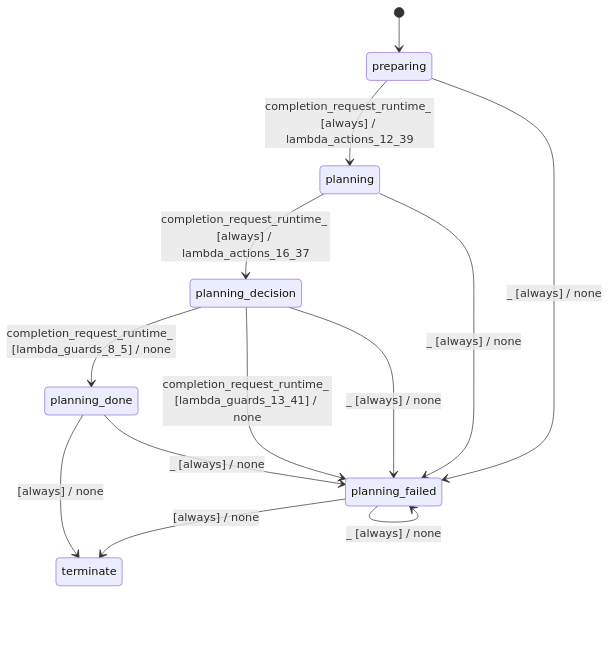
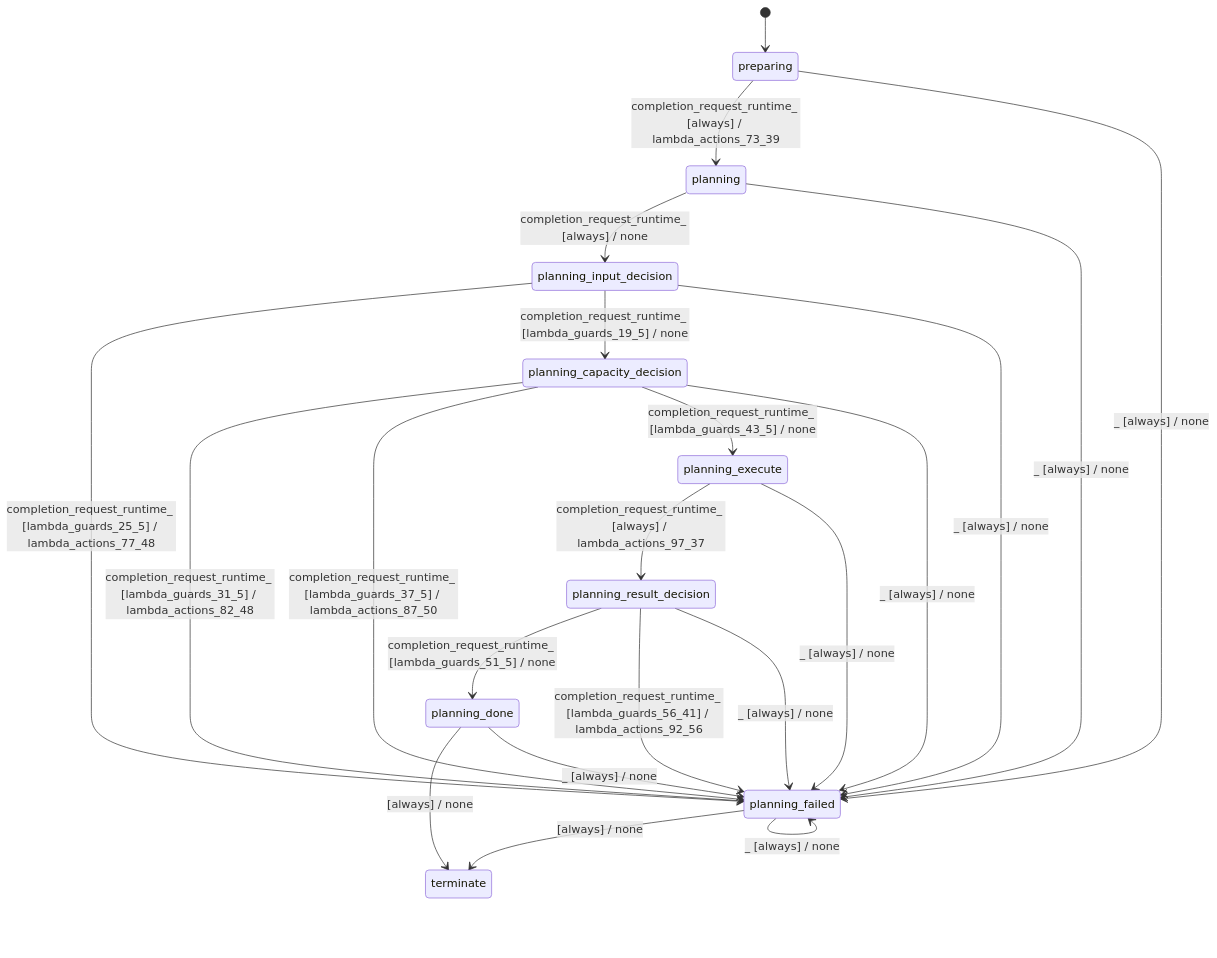
Before and after one commit to stateforward/emel.cpp: the diagram in docs/architecture/batch_planner_modes_sequential.md, drawn with Mermaid. The commit also changed other lines of this file and 265 other files, not shown here.

````diff
--- a/docs/architecture/batch_planner_modes_sequential.md
+++ b/docs/architecture/batch_planner_modes_sequential.md
@@ -7,16 +7,25 @@
 ```mermaid
 stateDiagram-v2
   direction TB
   [*] --> preparing
-  preparing --> planning : completion_request_runtime_ [always] / lambda_actions_12_39
-  planning --> planning_decision : completion_request_runtime_ [always] / lambda_actions_16_37
-  planning_decision --> planning_done : completion_request_runtime_ [lambda_guards_8_5] / none
-  planning_decision --> planning_failed : completion_request_runtime_ [lambda_guards_13_41] / none
+  preparing --> planning : completion_request_runtime_ [always] / lambda_actions_73_39
+  planning --> planning_input_decision : completion_request_runtime_ [always] / none
+  planning_input_decision --> planning_failed : completion_request_runtime_ [lambda_guards_25_5] / lambda_actions_77_48
+  planning_input_decision --> planning_capacity_decision : completion_request_runtime_ [lambda_guards_19_5] / none
+  planning_capacity_decision --> planning_failed : completion_request_runtime_ [lambda_guards_31_5] / lambda_actions_82_48
+  planning_capacity_decision --> planning_failed : completion_request_runtime_ [lambda_guards_37_5] / lambda_actions_87_50
+  planning_capacity_decision --> planning_execute : completion_request_runtime_ [lambda_guards_43_5] / none
+  planning_execute --> planning_result_decision : completion_request_runtime_ [always] / lambda_actions_97_37
+  planning_result_decision --> planning_done : completion_request_runtime_ [lambda_guards_51_5] / none
+  planning_result_decision --> planning_failed : completion_request_runtime_ [lambda_guards_56_41] / lambda_actions_92_56
   planning_done --> terminate : [always] / none
   planning_failed --> terminate : [always] / none
   planning_done --> planning_failed : _ [always] / none
   planning_failed --> planning_failed : _ [always] / none
   preparing --> planning_failed : _ [always] / none
   planning --> planning_failed : _ [always] / none
-  planning_decision --> planning_failed : _ [always] / none
+  planning_input_decision --> planning_failed : _ [always] / none
+  planning_capacity_decision --> planning_failed : _ [always] / none
+  planning_execute --> planning_failed : _ [always] / none
+  planning_result_decision --> planning_failed : _ [always] / none
 ```
````
